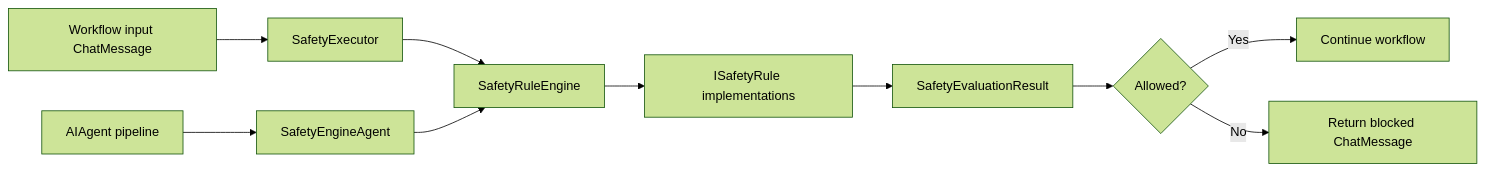
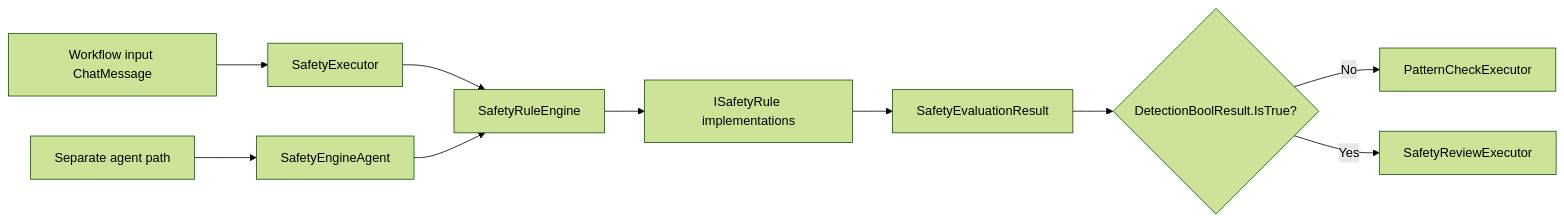
The diagram in docs/SafetyEngineComponent.md (KyleC69/SentinelCore), drawn with Mermaid (forest theme) before and after one commit. The commit also changed other lines of this file and 32 other files, not shown here.

````diff
--- a/docs/SafetyEngineComponent.md
+++ b/docs/SafetyEngineComponent.md
@@ -39,13 +49,13 @@
 ```mermaid
 flowchart LR
     A[Workflow input ChatMessage] --> B[SafetyExecutor]
     B --> C[SafetyRuleEngine]
     C --> D[ISafetyRule implementations]
     D --> E[SafetyEvaluationResult]
-    E --> F{Allowed?}
-    F -- Yes --> G[Continue workflow]
-    F -- No --> H[Return blocked ChatMessage]
+    E --> F{DetectionBoolResult.IsTrue?}
+    F -- No --> G[PatternCheckExecutor]
+    F -- Yes --> H[SafetyReviewExecutor]
 
-    I[AIAgent pipeline] --> J[SafetyEngineAgent]
+    I[Separate agent path] --> J[SafetyEngineAgent]
     J --> C
 ```
````
